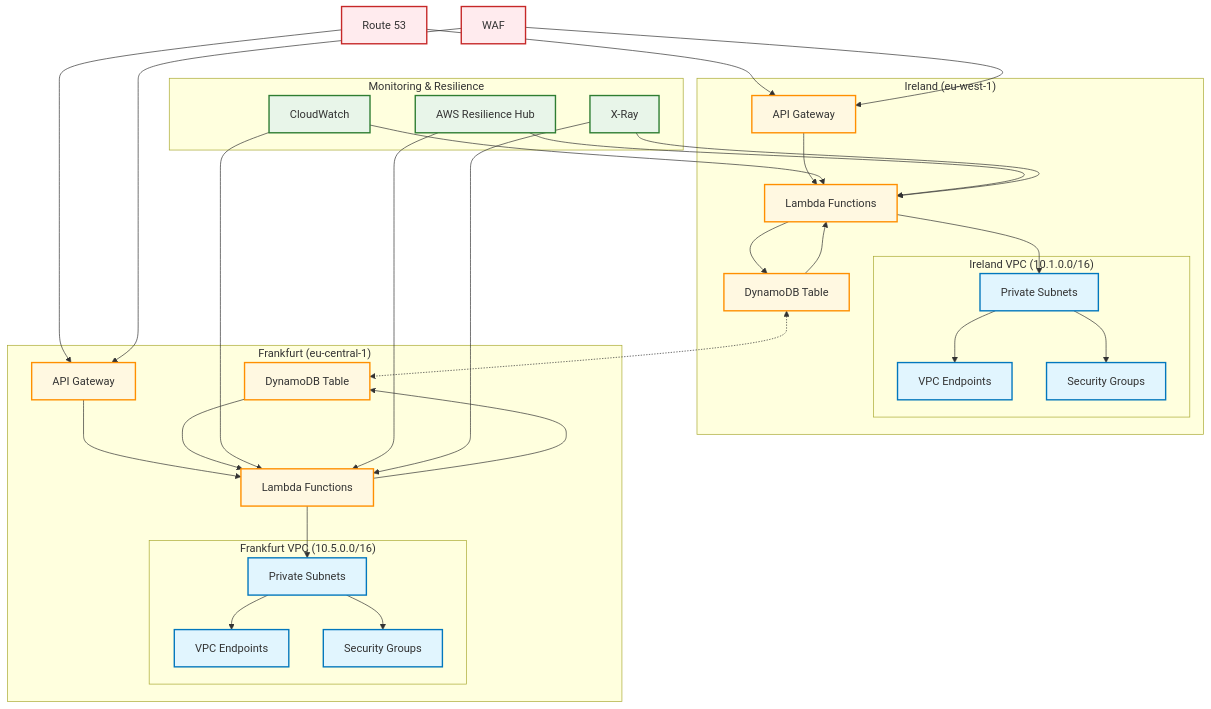
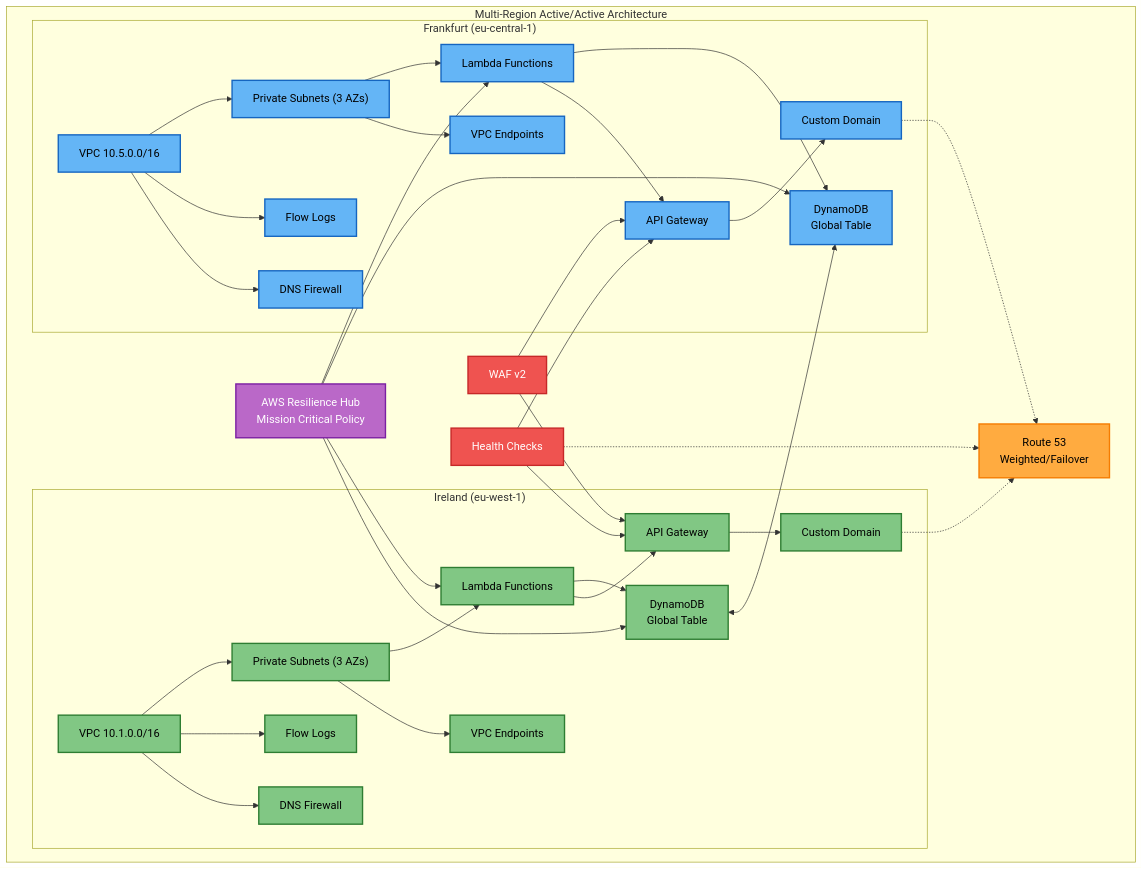
Before and after one commit to Hack23/lambda-in-private-vpc: the second of 6 diagrams in README.md, drawn with Mermaid. The commit also changed other lines of this file, not shown here.

````diff
--- a/README.md
+++ b/README.md
@@ -91,65 +70,54 @@
 ```mermaid
 flowchart TB
-    subgraph "Ireland (eu-west-1)"
-        subgraph "Ireland VPC (10.1.0.0/16)"
-            IPS[Private Subnets]
-            IEP[VPC Endpoints]
-            ISG[Security Groups]
-            
-            IPS --> IEP
-            IPS --> ISG
+    subgraph "Multi-Region Active/Active Architecture"
+        subgraph "Ireland (eu-west-1)"
+            IR_VPC["VPC 10.1.0.0/16"] --> IR_SUBNETS["Private Subnets (3 AZs)"]
+            IR_SUBNETS --> IR_LAMBDA["Lambda Functions"]
+            IR_LAMBDA --> IR_DYNAMO["DynamoDB\nGlobal Table"]
+            IR_LAMBDA --> IR_API["API Gateway"]
+            IR_API --> IR_DOMAIN["Custom Domain"]
+            IR_VPC --> IR_FLOW["Flow Logs"]
+            IR_VPC --> IR_DNS["DNS Firewall"]
+            IR_SUBNETS --> IR_EP["VPC Endpoints"]
         end
         
-        IL[Lambda Functions] --> IPS
-        IAPI[API Gateway] --> IL
-        IDT[DynamoDB Table] --> IL
-        IL --> IDT
-    end
-    
-    subgraph "Frankfurt (eu-central-1)"
-        subgraph "Frankfurt VPC (10.5.0.0/16)"
-            FPS[Private Subnets]
-            FEP[VPC Endpoints]
-            FSG[Security Groups]
-            
-            FPS --> FEP
-            FPS --> FSG
+        subgraph "Frankfurt (eu-central-1)"
+            FR_VPC["VPC 10.5.0.0/16"] --> FR_SUBNETS["Private Subnets (3 AZs)"]
+            FR_SUBNETS --> FR_LAMBDA["Lambda Functions"]
+            FR_LAMBDA --> FR_DYNAMO["DynamoDB\nGlobal Table"]
+            FR_LAMBDA --> FR_API["API Gateway"]
+            FR_API --> FR_DOMAIN["Custom Domain"]
+            FR_VPC --> FR_FLOW["Flow Logs"]
+            FR_VPC --> FR_DNS["DNS Firewall"]
+            FR_SUBNETS --> FR_EP["VPC Endpoints"]
         end
         
-        FL[Lambda Functions] --> FPS
-        FAPI[API Gateway] --> FL
-        FDT[DynamoDB Table] --> FL
-        FL --> FDT
-    end
-    
-    DR[Route 53] --> IAPI
-    DR --> FAPI
-    
-    IDT <-.-> FDT
-    
-    WAF[WAF] --> IAPI
-    WAF --> FAPI
-    
-    subgraph "Monitoring & Resilience"
-        CW[CloudWatch]
-        AH[AWS Resilience Hub]
-        XR[X-Ray]
+        IR_DOMAIN -.-> R53["Route 53\nWeighted/Failover"]
+        FR_DOMAIN -.-> R53
+        IR_DYNAMO <--> FR_DYNAMO
         
-        CW --> IL
-        CW --> FL
-        AH --> IL
-        AH --> FL
-        XR --> IL
-        XR --> FL
+        WAF["WAF v2"] --> IR_API
+        WAF --> FR_API
+        
+        HC["Health Checks"] --> IR_API
+        HC --> FR_API
+        HC -.-> R53
+        
+        REH["AWS Resilience Hub\nMission Critical Policy"] --> IR_LAMBDA
+        REH --> FR_LAMBDA
+        REH --> IR_DYNAMO
+        REH --> FR_DYNAMO
     end
 
-    classDef primary fill:#e1f5fe,stroke:#0277bd,stroke-width:2px;
-    classDef secondary fill:#fff8e1,stroke:#ff8f00,stroke-width:2px;
-    classDef security fill:#ffebee,stroke:#c62828,stroke-width:2px;
-    classDef resilience fill:#e8f5e9,stroke:#2e7d32,stroke-width:2px;
-    
-    class IPS,FPS,IEP,FEP,ISG,FSG primary;
-    class IL,FL,IAPI,FAPI,IDT,FDT secondary;
-    class WAF,DR security;
-    class CW,AH,XR resilience;
+    classDef ireland fill:#81c784,stroke:#2e7d32,stroke-width:2px,color:#000;
+    classDef frankfurt fill:#64b5f6,stroke:#1565c0,stroke-width:2px,color:#000;
+    classDef security fill:#ef5350,stroke:#c62828,stroke-width:2px,color:#fff;
+    classDef routing fill:#ffab40,stroke:#f57c00,stroke-width:2px,color:#000;
+    classDef resilience fill:#ba68c8,stroke:#7b1fa2,stroke-width:2px,color:#fff;
+
+    class IR_VPC,IR_SUBNETS,IR_LAMBDA,IR_DYNAMO,IR_API,IR_DOMAIN,IR_FLOW,IR_DNS,IR_EP ireland;
+    class FR_VPC,FR_SUBNETS,FR_LAMBDA,FR_DYNAMO,FR_API,FR_DOMAIN,FR_FLOW,FR_DNS,FR_EP frankfurt;
+    class WAF,HC security;
+    class R53 routing;
+    class REH resilience;
 ```
````
